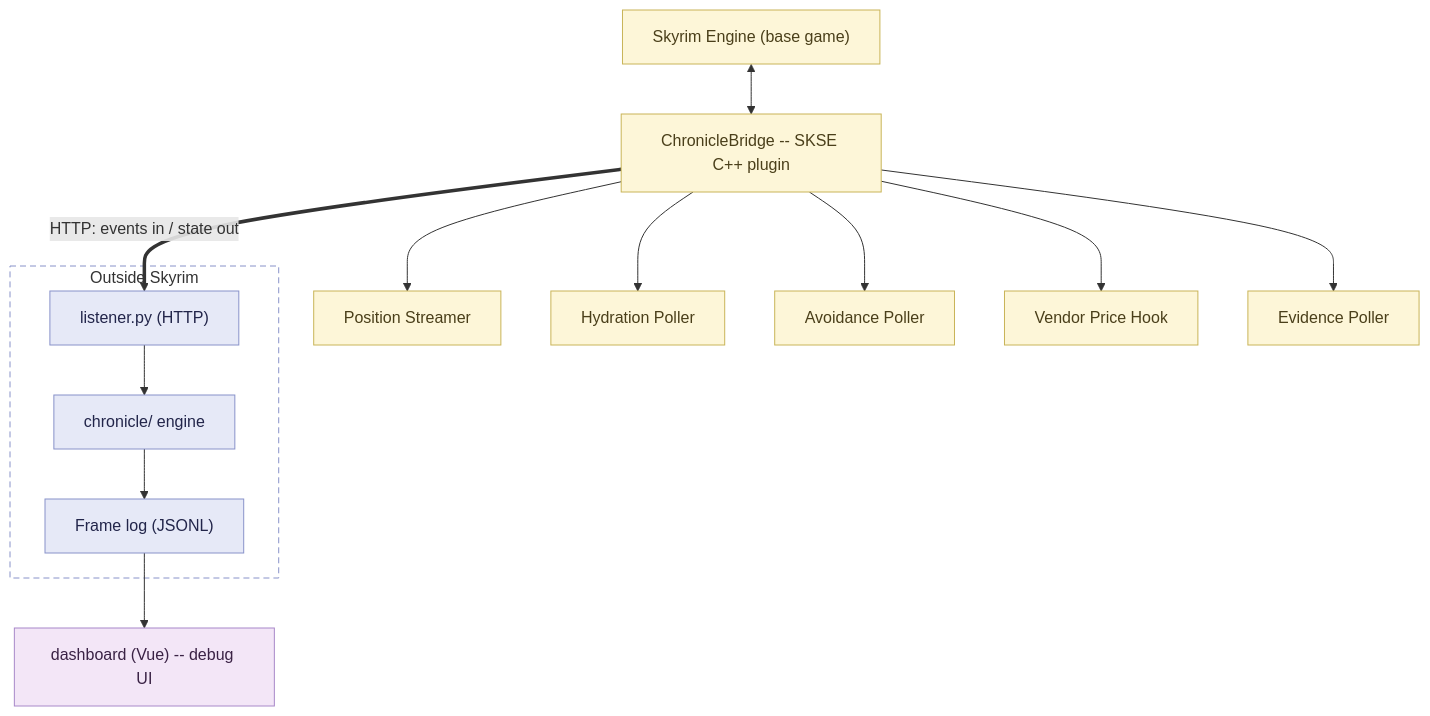
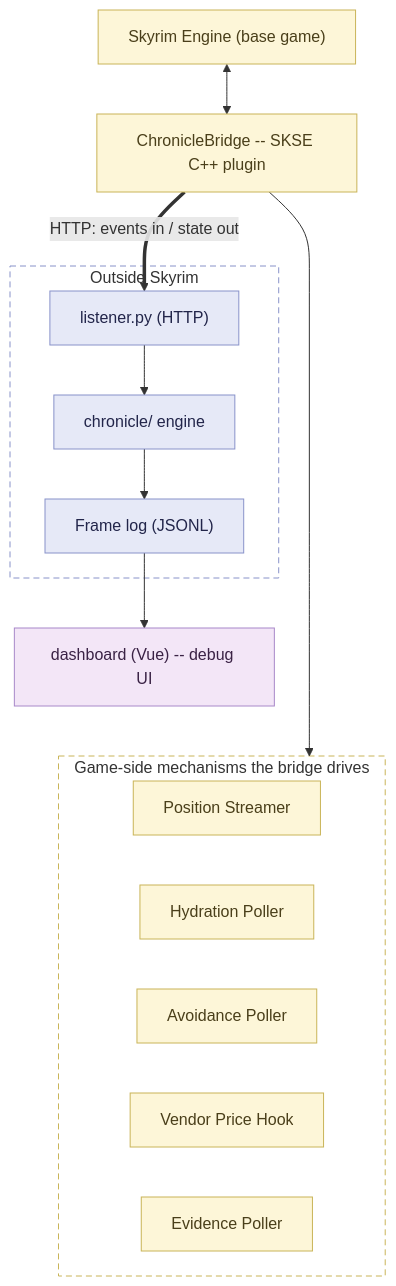
One commit to ByteBard97/Chronicle changed the first of 4 diagrams in README.md. Above: the diagram before and after it, drawn with Mermaid. The commit also changed other lines of this file and 3 other files, not shown here.

First line of the commit message:
README: eliminate architecture diagram dead space, fix legend colors

````diff
--- a/README.md
+++ b/README.md
@@ -33,24 +33,26 @@
 ```mermaid
 flowchart TB
     ENGINE["Skyrim Engine (base game)"] <--> BRIDGE["ChronicleBridge -- SKSE C++ plugin"]
-    BRIDGE --> POS["Position Streamer"]
-    BRIDGE --> HYD["Hydration Poller"]
-    BRIDGE --> AVOID["Avoidance Poller"]
-    BRIDGE --> VEND["Vendor Price Hook"]
-    BRIDGE --> EVID["Evidence Poller"]
-
     BRIDGE =="HTTP: events in / state out"==> LISTENER
 
     subgraph PYTHON["Outside Skyrim"]
         LISTENER["listener.py (HTTP)"] --> CORE["chronicle/ engine"] --> LOG["Frame log (JSONL)"]
     end
     LOG --> DASH["dashboard (Vue) -- debug UI"]
+
+    DASH ~~~ POS
+    BRIDGE --> MECH
+
+    subgraph MECH["Game-side mechanisms the bridge drives"]
+        POS["Position Streamer"] ~~~ HYD["Hydration Poller"] ~~~ AVOID["Avoidance Poller"] ~~~ VEND["Vendor Price Hook"] ~~~ EVID["Evidence Poller"]
+    end
 
     classDef ingame fill:#fdf6d8,stroke:#c9b458,color:#4a3f1a;
     classDef host fill:#e6e9f7,stroke:#8892c9,color:#22254a;
     classDef debug fill:#f3e6f7,stroke:#a888c9,color:#3a2245;
     class ENGINE,BRIDGE,POS,HYD,AVOID,VEND,EVID ingame
     class LISTENER,CORE,LOG host
     class DASH debug
     style PYTHON stroke-dasharray: 6 4,fill:none,stroke:#8892c9
+    style MECH stroke-dasharray: 6 4,fill:none,stroke:#c9b458
 ```
````
